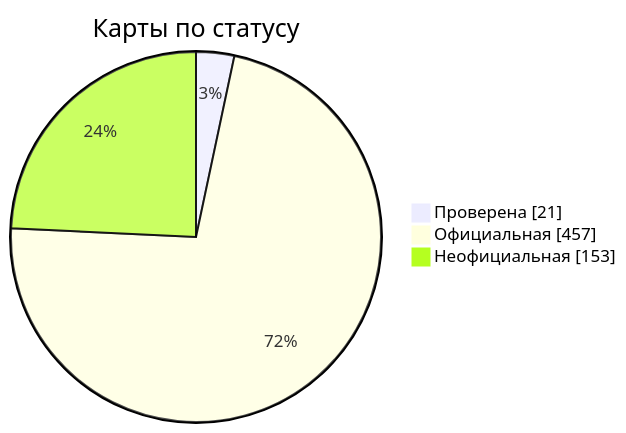
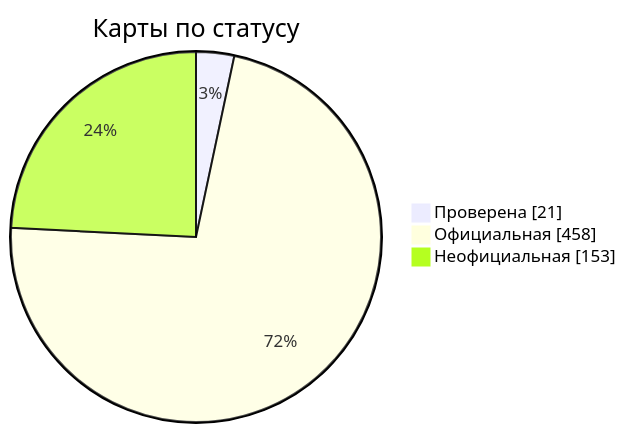
Before and after one commit to nobrega8/mbmap-library: the diagram in docs/readme/README_RU.md, drawn with Mermaid. The commit also changed 6 other files, not shown here.

````diff
--- a/docs/readme/README_RU.md
+++ b/docs/readme/README_RU.md
@@ -54,7 +54,7 @@
 ```mermaid
 pie showData
     title Карты по статусу
     "Проверена" : 21
-    "Официальная" : 457
+    "Официальная" : 458
     "Неофициальная" : 153
 ```
````
